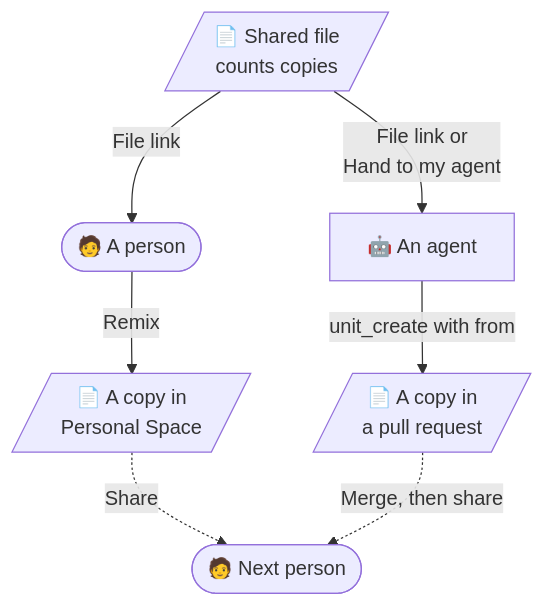
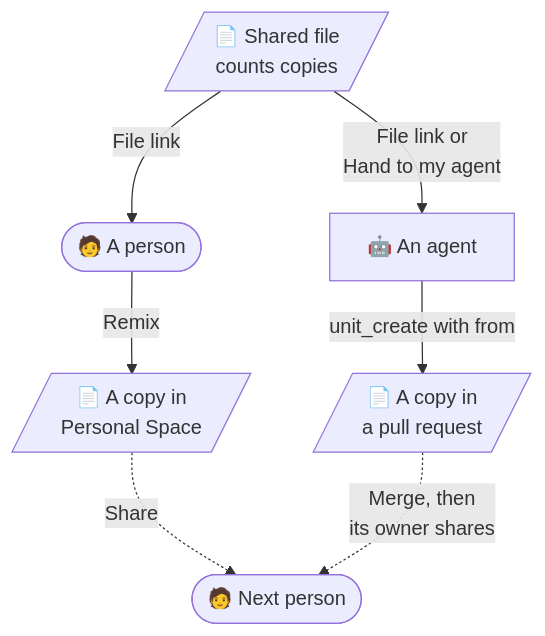
Before and after one commit to dream-num/univer-workspace: the fourth of 5 diagrams in docs/agent-handoff-showcase.md, drawn with Mermaid. The commit also changed other lines of this file and 13 other files, not shown here.

````diff
--- a/docs/agent-handoff-showcase.md
+++ b/docs/agent-handoff-showcase.md
@@ -152,9 +146,9 @@
 ```mermaid
 flowchart TB
     Src[/"📄 Shared file<br/>counts copies"/] -- File link --> Person(["🧑 A person"])
     Src -- File link or<br/>Hand to my agent --> Agent["🤖 An agent"]
     Person -- Remix --> PersonCopy[/"📄 A copy in<br/>Personal Space"/]
     Agent -- unit_create with from --> AgentCopy[/"📄 A copy in<br/>a pull request"/]
     PersonCopy -. Share .-> Next(["🧑 Next person"])
-    AgentCopy -. Merge, then share .-> Next
+    AgentCopy -. Merge, then<br/>its owner shares .-> Next
 ```
````
